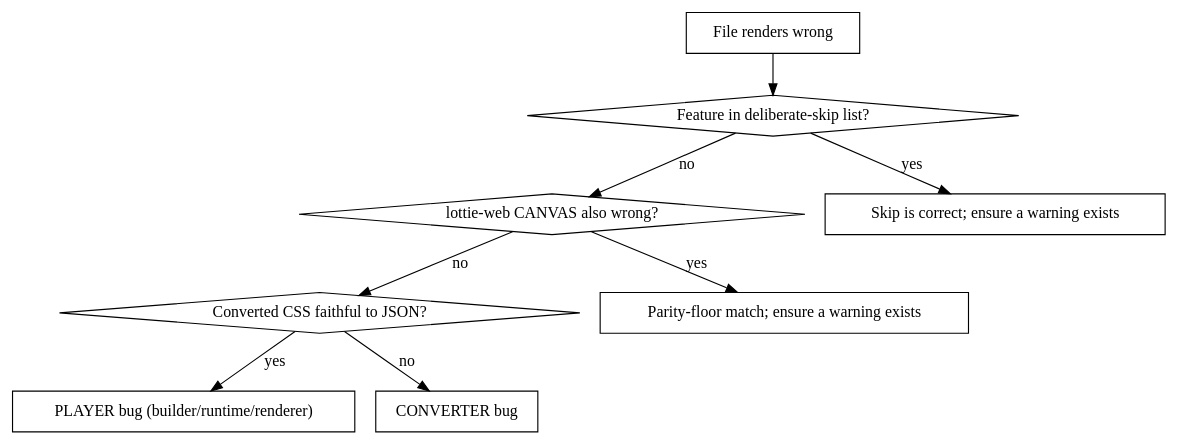
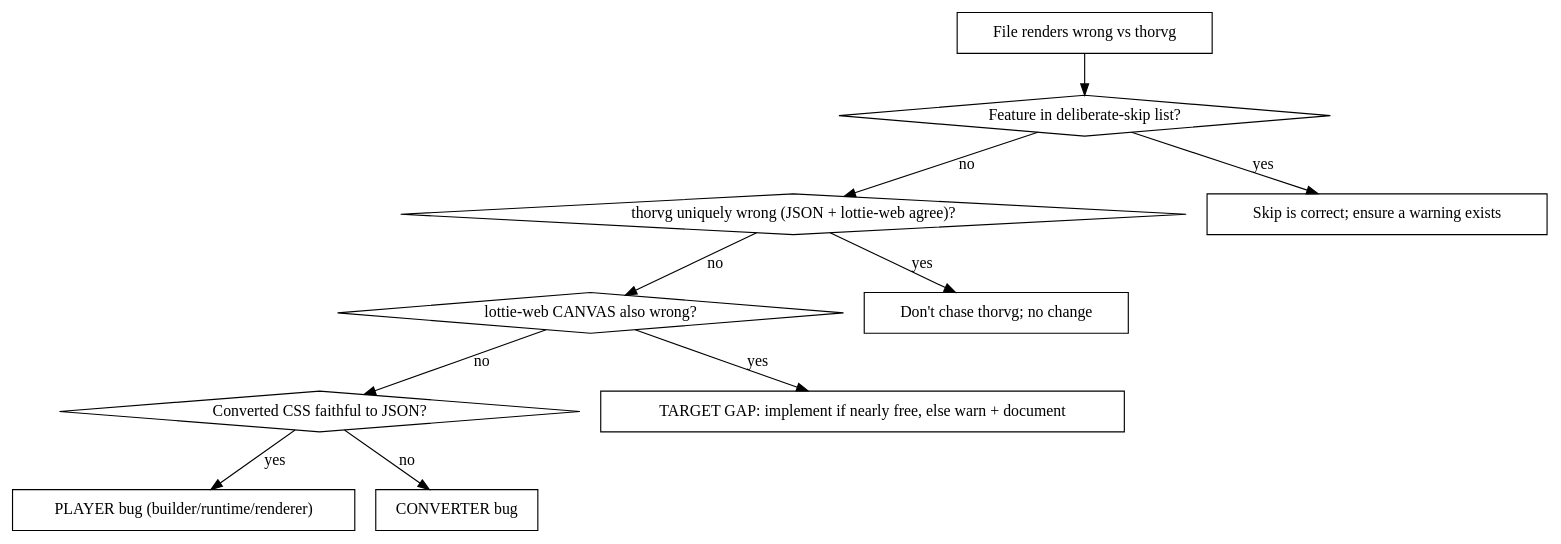
Before and after one commit to ayarse/popkorn: the diagram in .claude/skills/achieving-lottie-parity/SKILL.md, drawn with Graphviz. The commit also changed other lines of this file and 1 other file, not shown here.

Commit message:
docs: retarget parity doctrine — thorvg is the target, lottie-web the floor

````diff
--- a/.claude/skills/achieving-lottie-parity/SKILL.md
+++ b/.claude/skills/achieving-lottie-parity/SKILL.md
@@ -36,20 +40,24 @@
 ```dot
 digraph triage {
-    "File renders wrong" [shape=box];
+    "File renders wrong vs thorvg" [shape=box];
     "Feature in deliberate-skip list?" [shape=diamond];
+    "thorvg uniquely wrong (JSON + lottie-web agree)?" [shape=diamond];
     "lottie-web CANVAS also wrong?" [shape=diamond];
     "Converted CSS faithful to JSON?" [shape=diamond];
     "Skip is correct; ensure a warning exists" [shape=box];
-    "Parity-floor match; ensure a warning exists" [shape=box];
+    "Don't chase thorvg; no change" [shape=box];
+    "TARGET GAP: implement if nearly free, else warn + document" [shape=box];
     "PLAYER bug (builder/runtime/renderer)" [shape=box];
     "CONVERTER bug" [shape=box];
 
-    "File renders wrong" -> "Feature in deliberate-skip list?";
+    "File renders wrong vs thorvg" -> "Feature in deliberate-skip list?";
     "Feature in deliberate-skip list?" -> "Skip is correct; ensure a warning exists" [label="yes"];
-    "Feature in deliberate-skip list?" -> "lottie-web CANVAS also wrong?" [label="no"];
-    "lottie-web CANVAS also wrong?" -> "Parity-floor match; ensure a warning exists" [label="yes"];
+    "Feature in deliberate-skip list?" -> "thorvg uniquely wrong (JSON + lottie-web agree)?" [label="no"];
+    "thorvg uniquely wrong (JSON + lottie-web agree)?" -> "Don't chase thorvg; no change" [label="yes"];
+    "thorvg uniquely wrong (JSON + lottie-web agree)?" -> "lottie-web CANVAS also wrong?" [label="no"];
+    "lottie-web CANVAS also wrong?" -> "TARGET GAP: implement if nearly free, else warn + document" [label="yes"];
     "lottie-web CANVAS also wrong?" -> "Converted CSS faithful to JSON?" [label="no"];
     "Converted CSS faithful to JSON?" -> "PLAYER bug (builder/runtime/renderer)" [label="yes"];
     "Converted CSS faithful to JSON?" -> "CONVERTER bug" [label="no"];
 }
 ```
````
